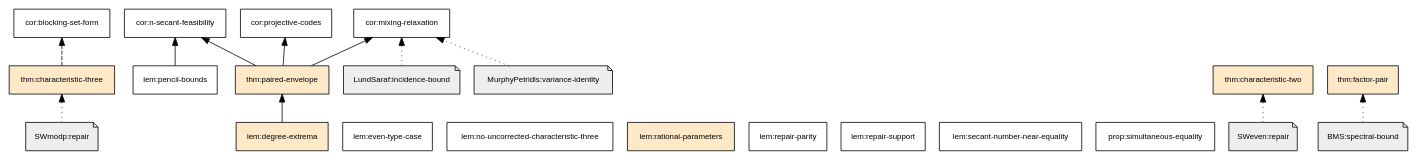
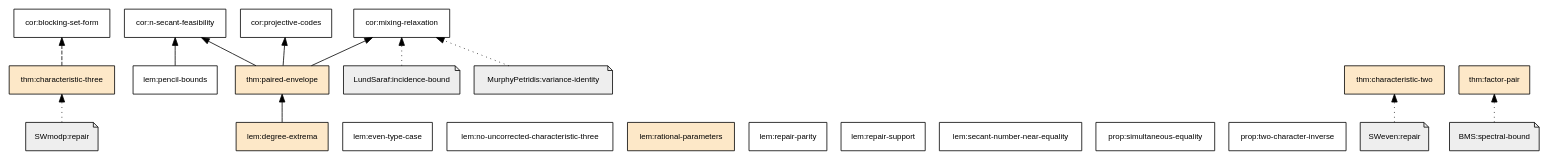
Before and after one commit to tavisrudd/integral-secant-arcs: the diagram in verification/dependency-graph.dot, drawn with Graphviz. The commit also changed 14 other files, not shown here.

```diff
--- a/verification/dependency-graph.dot
+++ b/verification/dependency-graph.dot
@@ -1,38 +1,39 @@
 digraph manuscript {
   rankdir=BT;
   node [shape=box, style=filled, fontname="Helvetica", fontsize=10];
   edge [fontname="Helvetica", fontsize=8];
   "cor:blocking-set-form" [fillcolor="#ffffff", tooltip="absent"];
   "cor:mixing-relaxation" [fillcolor="#ffffff", tooltip="absent"];
   "cor:n-secant-feasibility" [fillcolor="#ffffff", tooltip="absent"];
   "cor:projective-codes" [fillcolor="#ffffff", tooltip="absent"];
   "lem:degree-extrema" [fillcolor="#fde8c8", tooltip="fragment"];
   "lem:even-type-case" [fillcolor="#ffffff", tooltip="absent"];
   "lem:no-uncorrected-characteristic-three" [fillcolor="#ffffff", tooltip="absent"];
   "lem:pencil-bounds" [fillcolor="#ffffff", tooltip="absent"];
   "lem:rational-parameters" [fillcolor="#fde8c8", tooltip="fragment"];
   "lem:repair-parity" [fillcolor="#ffffff", tooltip="absent"];
   "lem:repair-support" [fillcolor="#ffffff", tooltip="absent"];
   "lem:secant-number-near-equality" [fillcolor="#ffffff", tooltip="absent"];
   "prop:simultaneous-equality" [fillcolor="#ffffff", tooltip="absent"];
+  "prop:two-character-inverse" [fillcolor="#ffffff", tooltip="absent"];
   "thm:characteristic-three" [fillcolor="#fde8c8", tooltip="fragment"];
   "thm:characteristic-two" [fillcolor="#fde8c8", tooltip="fragment"];
   "thm:factor-pair" [fillcolor="#fde8c8", tooltip="fragment"];
   "thm:paired-envelope" [fillcolor="#fde8c8", tooltip="fragment"];
   "BMS:spectral-bound" [shape=note, fillcolor="#eeeeee"];
   "LundSaraf:incidence-bound" [shape=note, fillcolor="#eeeeee"];
   "MurphyPetridis:variance-identity" [shape=note, fillcolor="#eeeeee"];
   "SWeven:repair" [shape=note, fillcolor="#eeeeee"];
   "SWmodp:repair" [shape=note, fillcolor="#eeeeee"];
   "BMS:spectral-bound" -> "thm:factor-pair" [style=dotted];
   "LundSaraf:incidence-bound" -> "cor:mixing-relaxation" [style=dotted];
   "MurphyPetridis:variance-identity" -> "cor:mixing-relaxation" [style=dotted];
   "SWeven:repair" -> "thm:characteristic-two" [style=dotted];
   "SWmodp:repair" -> "thm:characteristic-three" [style=dotted];
   "lem:degree-extrema" -> "thm:paired-envelope" [style=solid];
   "lem:pencil-bounds" -> "cor:n-secant-feasibility" [style=solid];
   "thm:characteristic-three" -> "cor:blocking-set-form" [style=dashed];
   "thm:paired-envelope" -> "cor:mixing-relaxation" [style=solid];
   "thm:paired-envelope" -> "cor:n-secant-feasibility" [style=solid];
   "thm:paired-envelope" -> "cor:projective-codes" [style=solid];
 }
```
